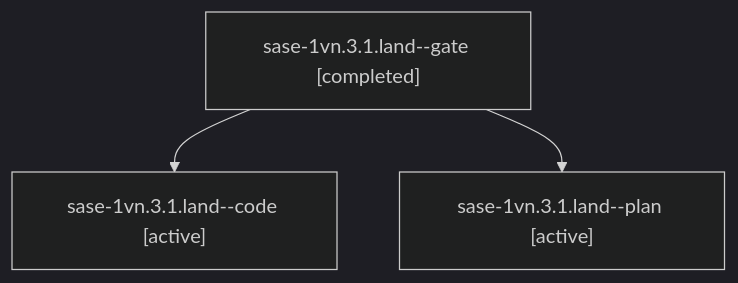
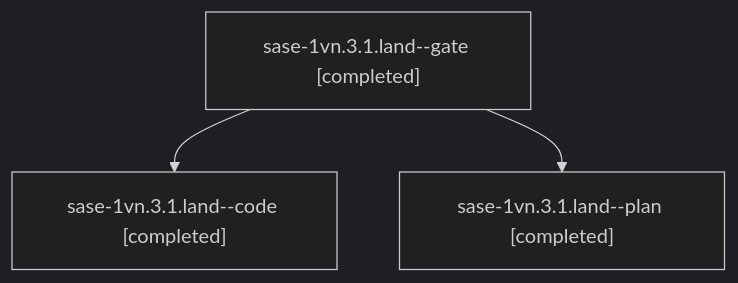
The diagram in sessions/bbugyi200.athena.sase-1vn.3.1.land.md (sase-org/sase--agents), drawn with Mermaid (dark theme) before and after one commit. The commit also changed other lines of this file and 34 other files, not shown here.

````diff
--- a/sessions/bbugyi200.athena.sase-1vn.3.1.land.md
+++ b/sessions/bbugyi200.athena.sase-1vn.3.1.land.md
@@ -9,8 +9,8 @@
 ```mermaid
 flowchart TD
   n0["sase-1vn.3.1.land--gate [completed]"]
-  n1["sase-1vn.3.1.land--code [active]"]
+  n1["sase-1vn.3.1.land--code [completed]"]
   n0 --> n1
-  n2["sase-1vn.3.1.land--plan [active]"]
+  n2["sase-1vn.3.1.land--plan [completed]"]
   n0 --> n2
 ```
````
